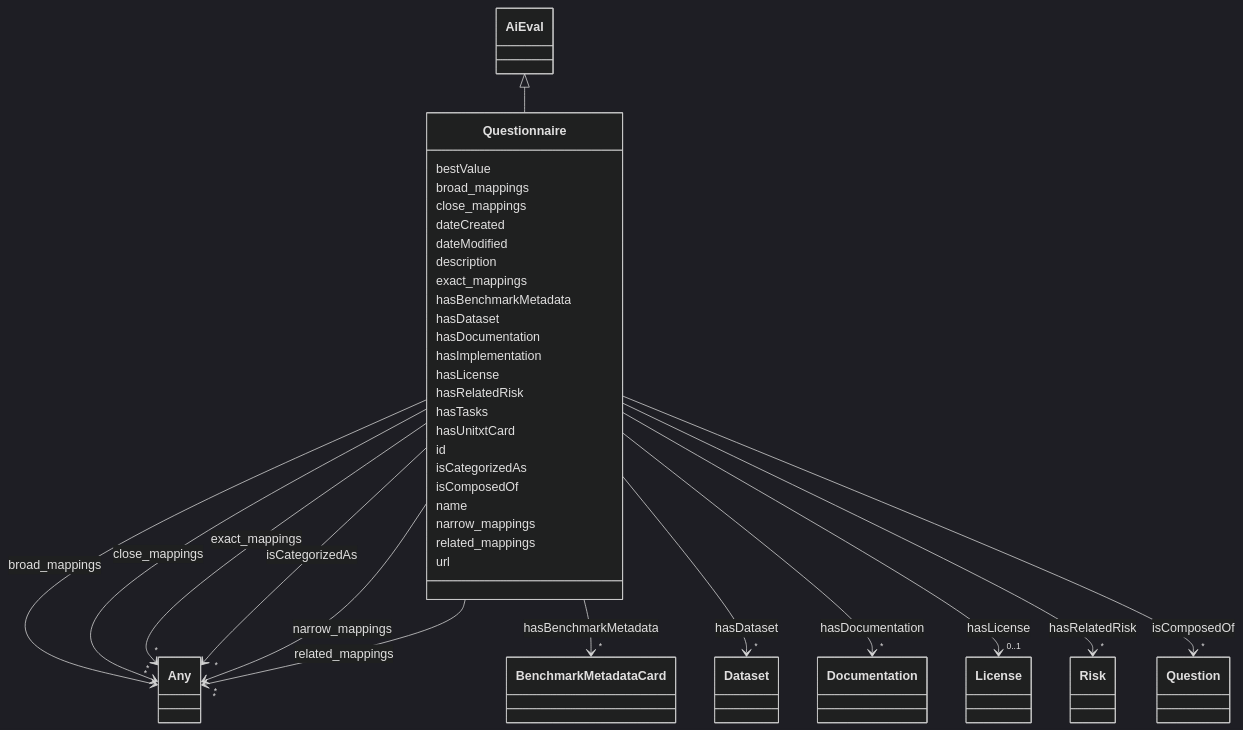
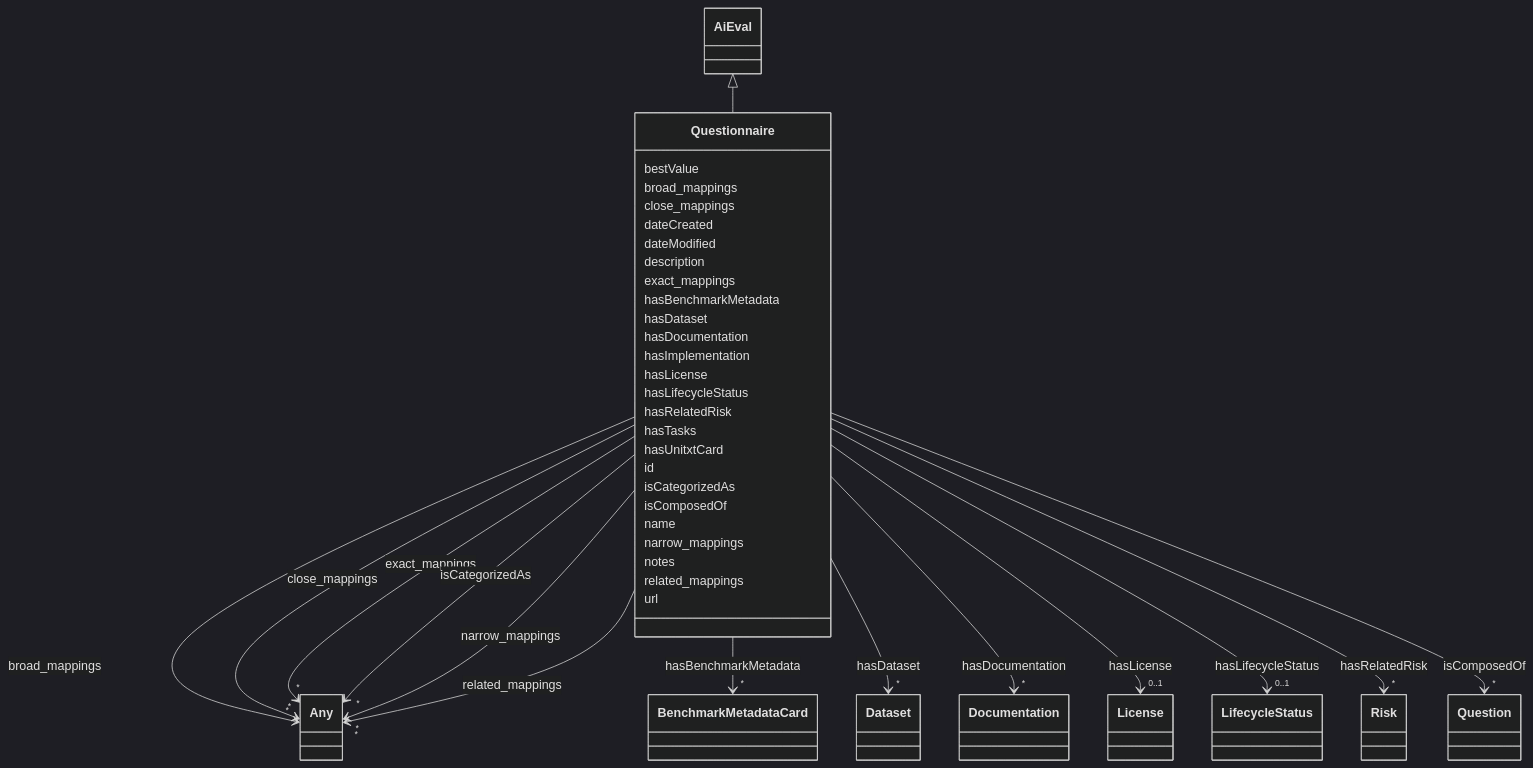
Before and after one commit to ingelise/risk-atlas-nexus: the diagram in docs/ontology/Questionnaire.md, drawn with Mermaid (dark theme). The commit also changed other lines of this file and 190 other files, not shown here.

```diff
--- a/docs/ontology/Questionnaire.md
+++ b/docs/ontology/Questionnaire.md
@@ -105,6 +105,17 @@
 
 
 
+      Questionnaire : hasLifecycleStatus
+
+
+
+
+
+        Questionnaire --> "0..1" LifecycleStatus : hasLifecycleStatus
+        click LifecycleStatus href "../LifecycleStatus/"
+
+
+
       Questionnaire : hasRelatedRisk
 
 
@@ -157,6 +168,8 @@
 
 
 
+      Questionnaire : notes
+
       Questionnaire : related_mappings
 
 
```
